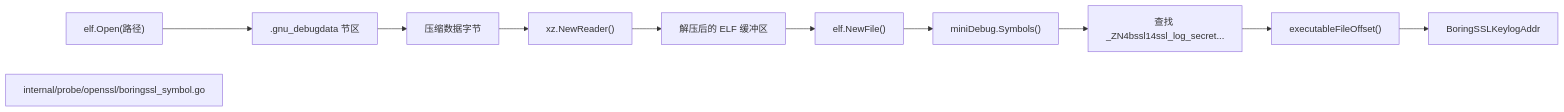
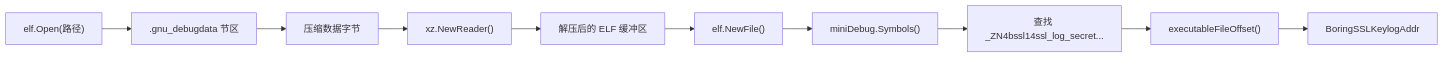
Before and after one commit to gojue/ecapture.cc: the second of 2 diagrams in src/zh/2-core-tls-modules/2.1-tls-capture-openssl-and-boringssl.md, drawn with Mermaid. The commit also changed other lines of this file and 25 other files, not shown here.

First line of the commit message:
fix(docs): validate Mermaid diagrams and improve generated navigation

````diff
--- a/src/zh/2-core-tls-modules/2.1-tls-capture-openssl-and-boringssl.md
+++ b/src/zh/2-core-tls-modules/2.1-tls-capture-openssl-and-boringssl.md
@@ -142,14 +142,14 @@
 ```mermaid
 graph LR
     ELF["elf.Open(路径)"] --> Sec[".gnu_debugdata 节区"]
     Sec --> Comp["压缩数据字节"]
     Comp --> XZ["xz.NewReader()"]
     XZ --> Decomp["解压后的 ELF 缓冲区"]
     Decomp --> InnerELF["elf.NewFile()"]
     InnerELF --> Syms["miniDebug.Symbols()"]
     Syms --> Match["查找 _ZN4bssl14ssl_log_secret..."]
     Match --> Calc["executableFileOffset()"]
     Calc --> Addr["BoringSSLKeylogAddr"]
 
-    sub:symbol["internal/probe/openssl/boringssl_symbol.go"]
+    %% symbol["internal/probe/openssl/boringssl_symbol.go"]
 ```
````
